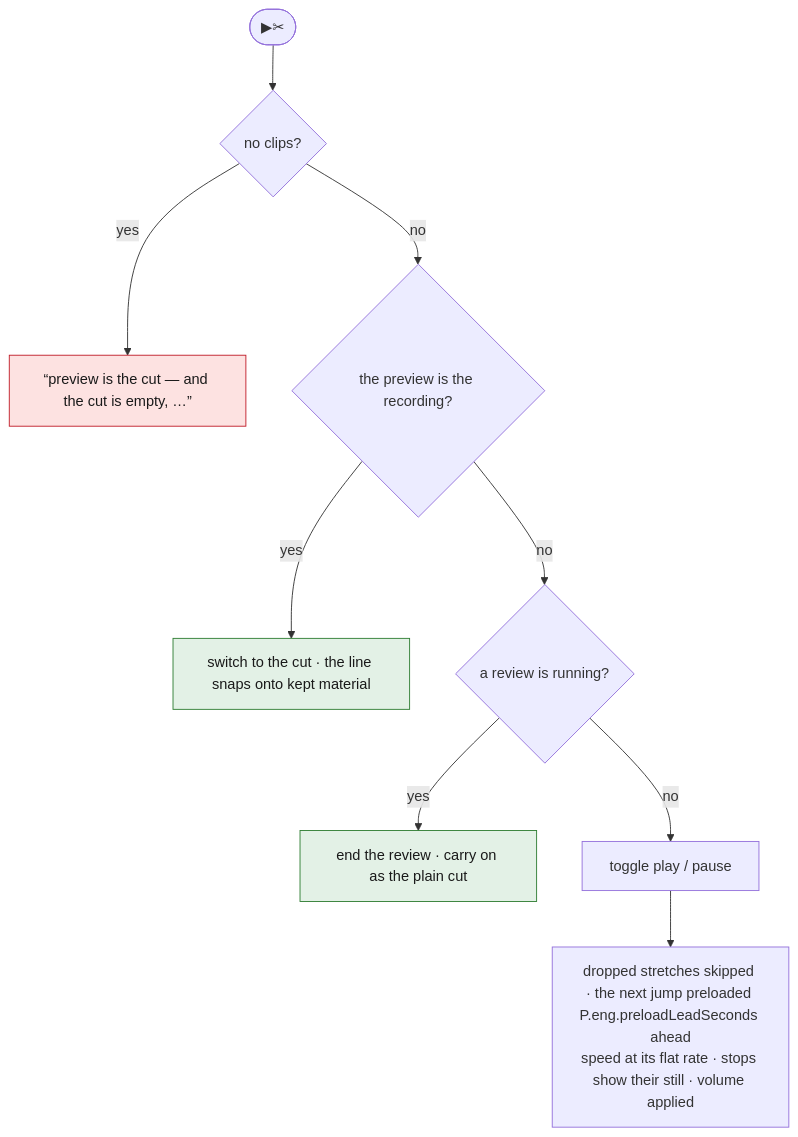
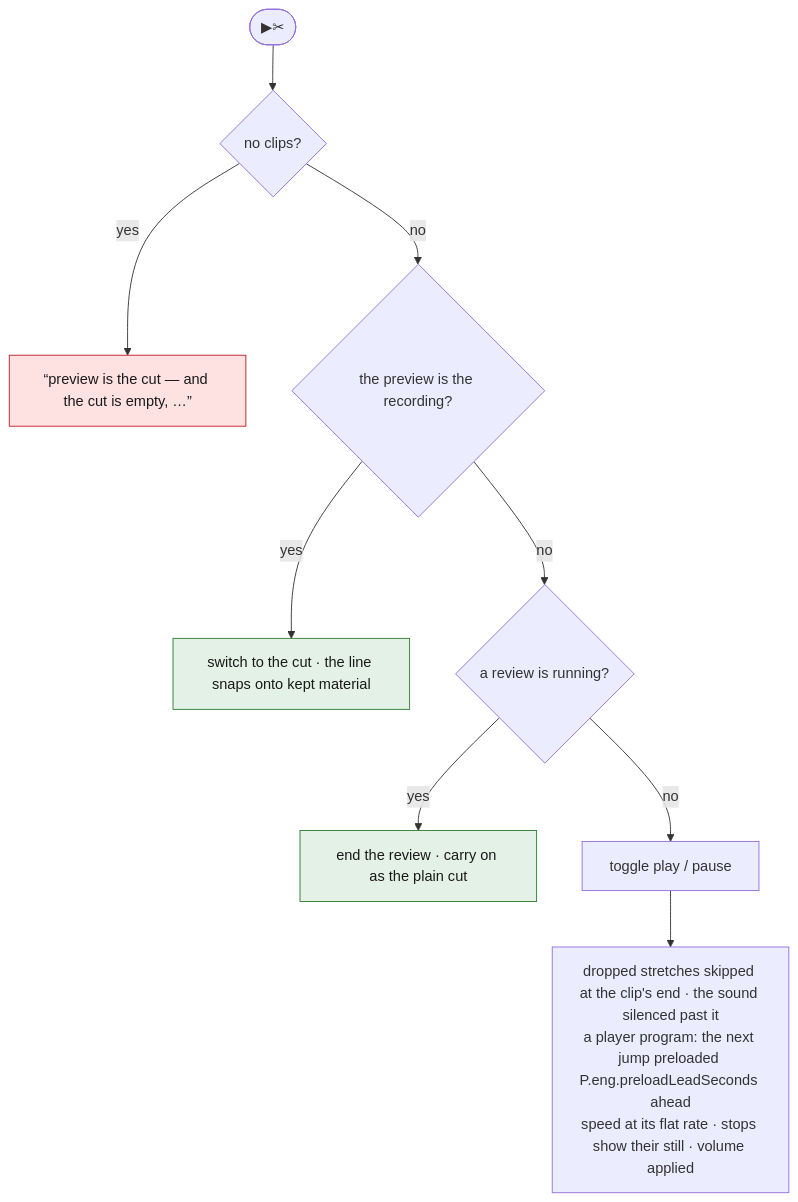
Before and after one commit to tbocek/naivepost: the second of 13 diagrams in spec/05-cut.md, drawn with Mermaid. The commit also changed other lines of this file and 19 other files, not shown here.

````diff
--- a/spec/05-cut.md
+++ b/spec/05-cut.md
@@ -69,14 +69,14 @@
 ```mermaid
 flowchart TD
   A(["▶✂"]) --> E{"no clips?"}
   E -- yes --> G["“preview is the cut — and the cut is empty, …”"]:::refuse
   E -- no --> R{"the preview is the recording?"}
   R -- yes --> SW["switch to the cut · the line snaps onto kept material"]:::done
   R -- no --> RV{"a review is running?"}
   RV -- yes --> END["end the review · carry on as the plain cut"]:::done
   RV -- no --> T["toggle play / pause"]
-  T --> SKIP["dropped stretches skipped · the next jump preloaded P.eng.preloadLeadSeconds ahead<br/>speed at its flat rate · stops show their still · volume applied"]
+  T --> SKIP["dropped stretches skipped at the clip's end · the sound silenced past it<br/>a player program: the next jump preloaded P.eng.preloadLeadSeconds ahead<br/>speed at its flat rate · stops show their still · volume applied"]
   classDef refuse fill:#fde2e1,stroke:#c01c28,color:#1a1a1a
   classDef done fill:#e3f1e6,stroke:#2e7d32,color:#1a1a1a
   classDef ask fill:#e8eefc,stroke:#3a63c8,color:#1a1a1a
 ```
````
